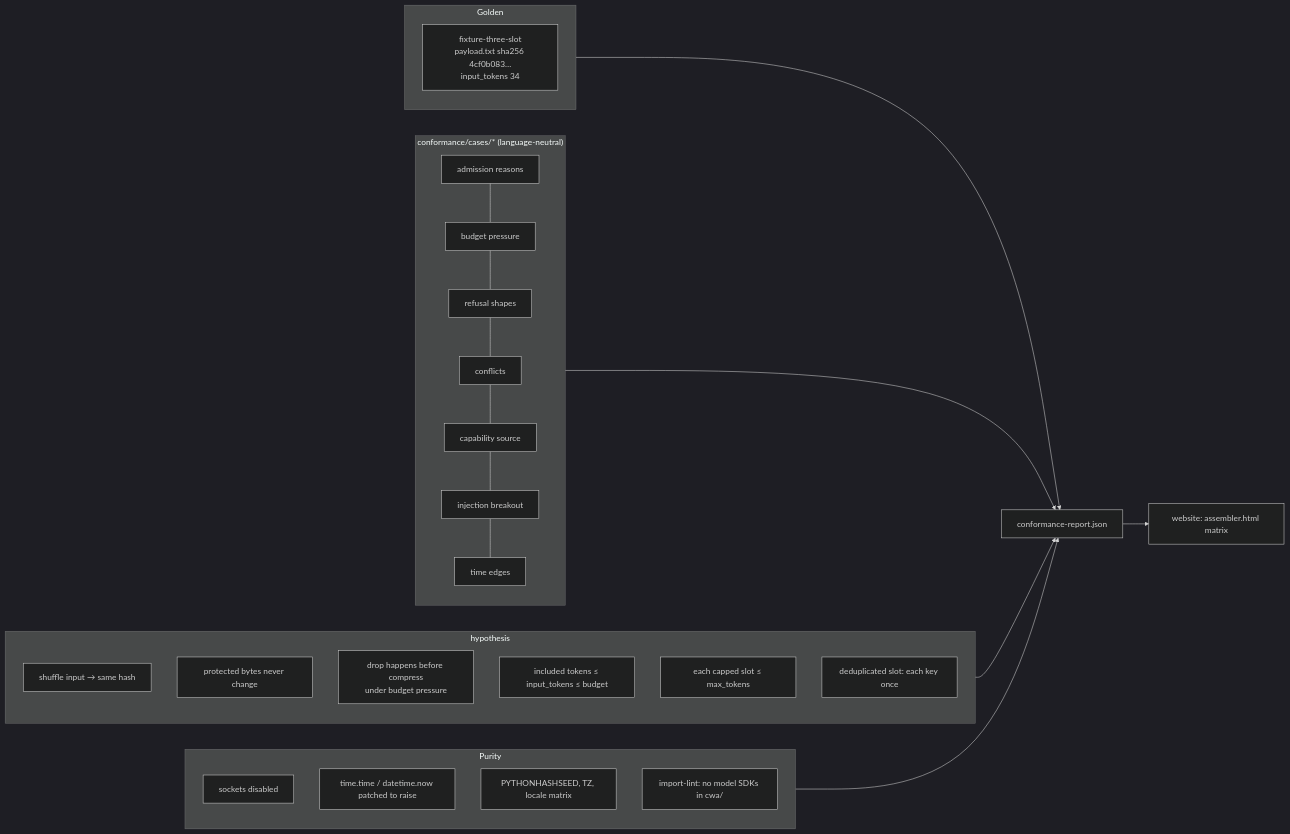
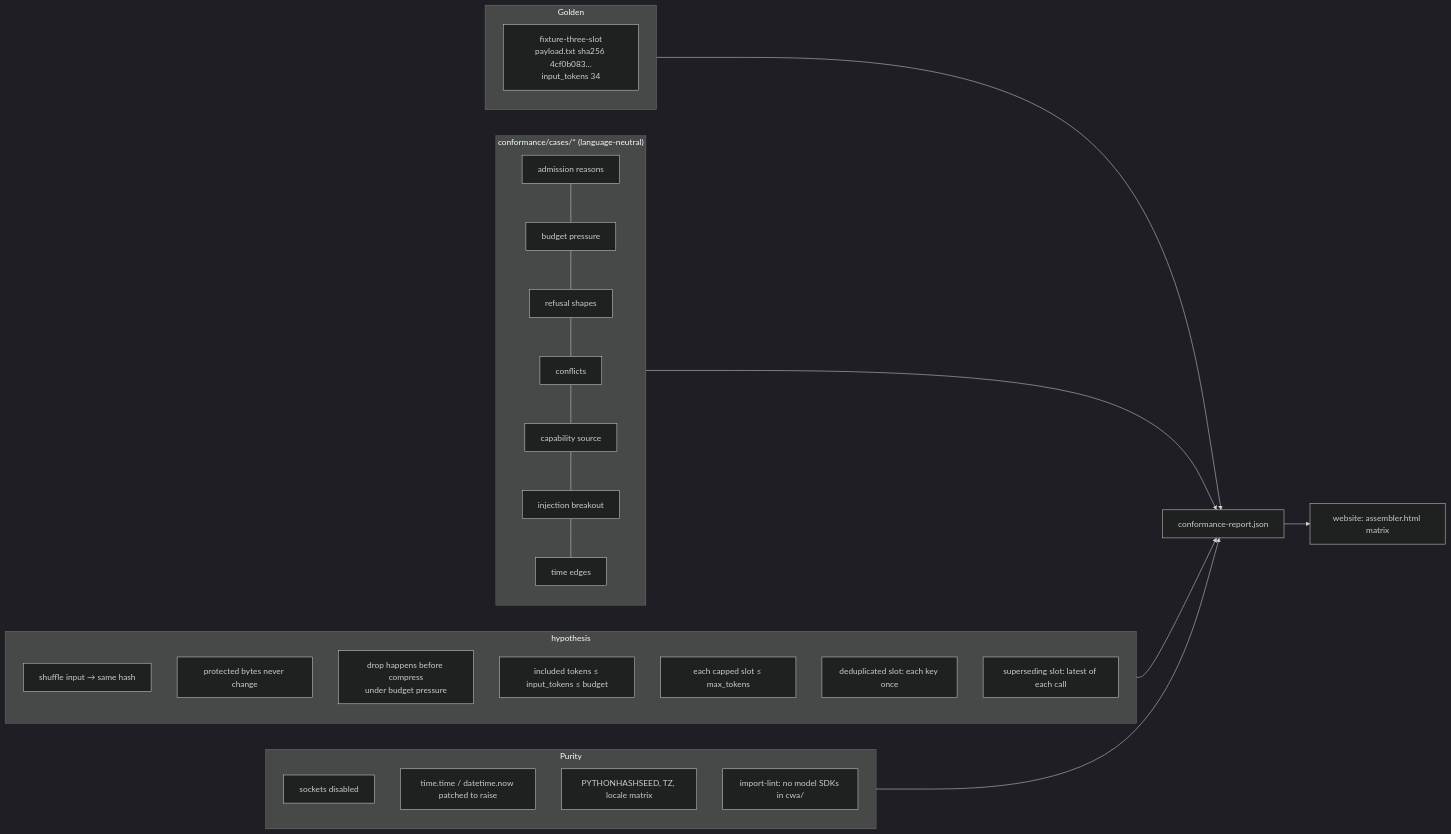
Diagram 12 of 20 in docs/DESIGN.md (contextwindowarchitecture/assembler-python), drawn with Mermaid (dark theme) before and after one commit. The commit also changed other lines of this file and 10 other files, not shown here.

First line of the commit message:
feat(supersede): keep only the latest observation of each call

````diff
--- a/docs/DESIGN.md
+++ b/docs/DESIGN.md
@@ -529,28 +542,29 @@
 ```mermaid
 flowchart LR
   subgraph Golden
     G1["fixture-three-slot<br/>payload.txt sha256 4cf0b083…<br/>input_tokens 34"]
   end
   subgraph Conformance["conformance/cases/* (language-neutral)"]
     C1[admission reasons] --- C2[budget pressure] --- C3[refusal shapes] --- C4[conflicts] --- C5[capability source] --- C6[injection breakout] --- C7[time edges]
   end
   subgraph Property["hypothesis"]
     P1[shuffle input → same hash]
     P2[protected bytes never change]
     P3[drop happens before compress<br/>under budget pressure]
     P4[included tokens ≤ input_tokens ≤ budget]
     P5[each capped slot ≤ max_tokens]
     P6[deduplicated slot: each key once]
+    P7[superseding slot: latest of each call]
   end
   subgraph Purity
     U1[sockets disabled]
     U2[time.time / datetime.now patched to raise]
     U3[PYTHONHASHSEED, TZ, locale matrix]
     U4[import-lint: no model SDKs in cwa/]
   end
   Golden --> R[conformance-report.json] 
   Conformance --> R
   Property --> R
   Purity --> R
   R --> W["website: assembler.html matrix"]
 ```
````
